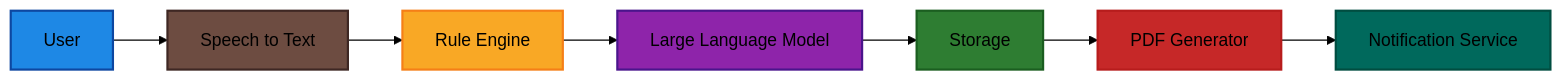
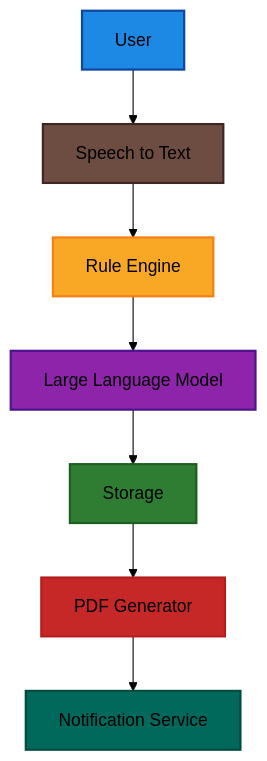
One commit to advitiya993/React_quiz changed the diagram in README.md. Above: the diagram before and after it, drawn with Mermaid (forest theme).

````diff
--- a/README.md
+++ b/README.md
@@ -31,36 +31,36 @@
 ```mermaid
-flowchart LR
+flowchart TB
     U[User]
     STT[Speech to Text]
     RE[Rule Engine]
     LLM[Large Language Model]
     DB[Storage]
     PDF[PDF Generator]
     N[Notification Service]
 
     U --> STT
     STT --> RE
     RE --> LLM
     LLM --> DB
     DB --> PDF
     PDF --> N
 
     classDef user fill:#1E88E5,stroke:#0D47A1,stroke-width:2px
     classDef stt fill:#6D4C41,stroke:#3E2723,stroke-width:2px
     classDef rule fill:#F9A825,stroke:#F57F17,stroke-width:2px
     classDef llm fill:#8E24AA,stroke:#4A148C,stroke-width:2px
     classDef storage fill:#2E7D32,stroke:#1B5E20,stroke-width:2px
     classDef pdf fill:#C62828,stroke:#B71C1C,stroke-width:2px
     classDef notify fill:#00695C,stroke:#004D40,stroke-width:2px
 
     class U user
     class STT stt
     class RE rule
     class LLM llm
     class DB storage
     class PDF pdf
     class N notify
 
 
 
 ```
````
